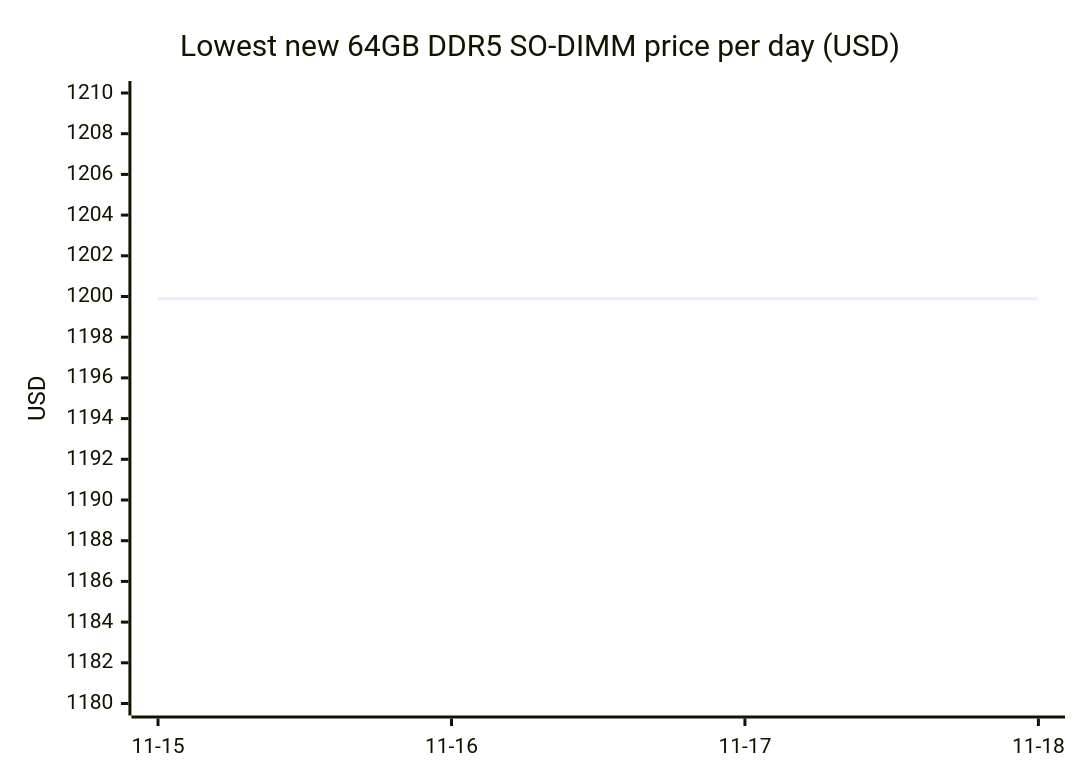
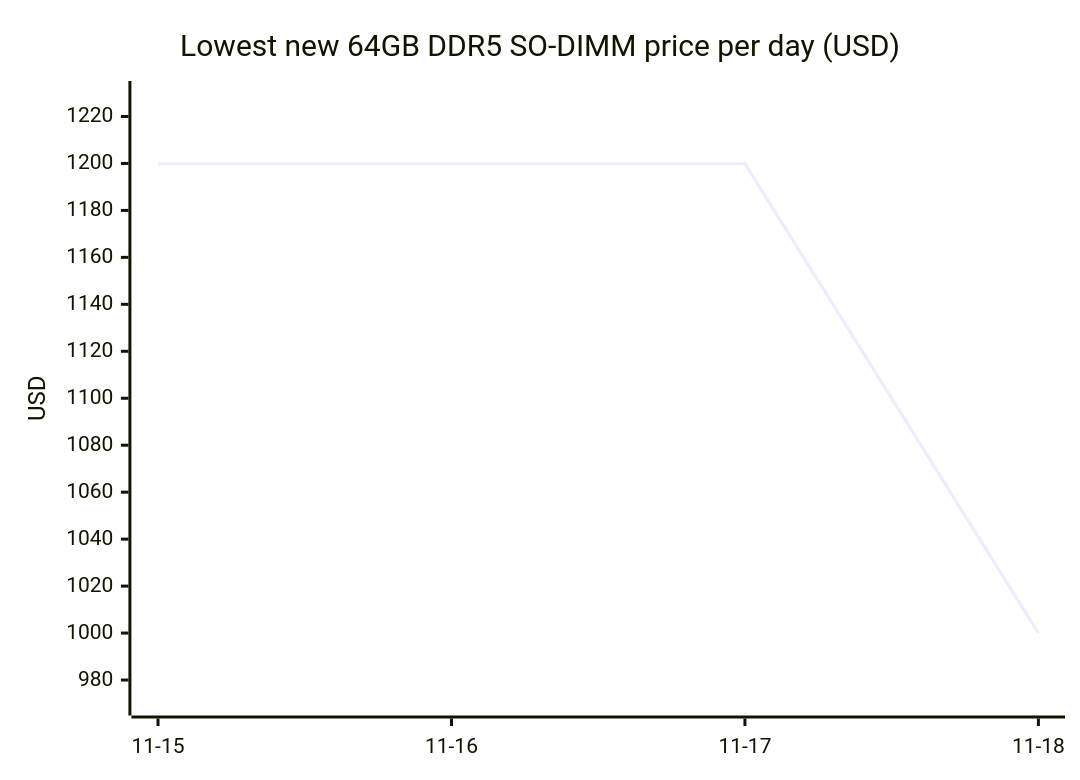
Before and after one commit to 7324136828/4tb_ssd_price_watch: the third of 18 diagrams in README.md, drawn with Mermaid. The commit also changed other lines of this file, not shown here.

````diff
--- a/README.md
+++ b/README.md
@@ -381,7 +573,7 @@
 ```mermaid
 xychart-beta
     title "Lowest new 64GB DDR5 SO-DIMM price per day (USD)"
     x-axis ["11-15", "11-16", "11-17", "11-18"]
-    y-axis "USD" 1180 --> 1210
-    line [1199.89, 1199.89, 1199.89, 1199.89]
+    y-axis "USD" 970 --> 1230
+    line [1199.89, 1199.89, 1199.89, 1000.00]
 ```
````
